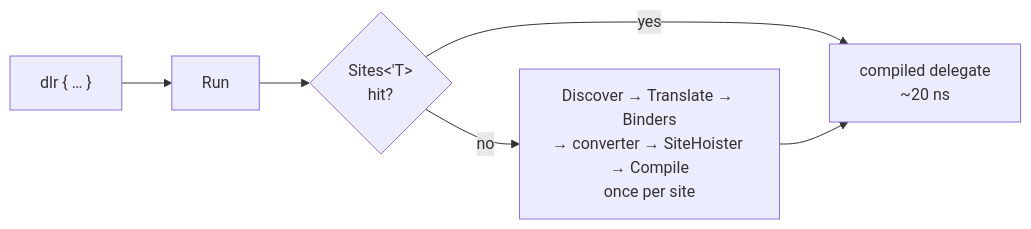
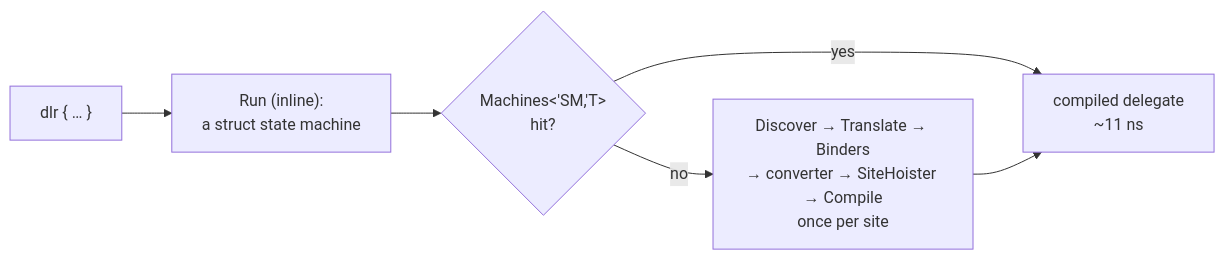
One commit to ekonbenefits/FSharp.Interop.Dlr changed the diagram in docs/internals.md. Above: the diagram before and after it, drawn with Mermaid. The commit also changed other lines of this file and 16 other files, not shown here.

````diff
--- a/docs/internals.md
+++ b/docs/internals.md
@@ -6,6 +6,6 @@
 ```mermaid
 flowchart LR
-    src["dlr { … }"] --> run["Run"] --> sites{"Sites&lt;'T&gt;<br/>hit?"}
-    sites -- yes --> inv["compiled delegate<br/>~20 ns"]
+    src["dlr { … }"] --> run["Run (inline):<br/>a struct state machine"] --> sites{"Machines&lt;'SM,'T&gt;<br/>hit?"}
+    sites -- yes --> inv["compiled delegate<br/>~11 ns"]
     sites -- no --> comp["Discover → Translate → Binders<br/>→ converter → SiteHoister → Compile<br/>once per site"] --> inv
 ```
````
